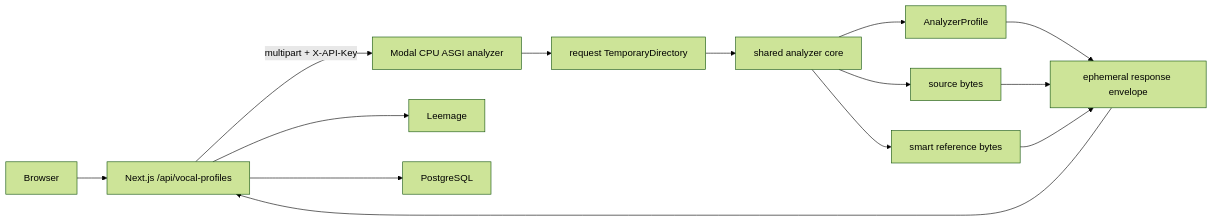
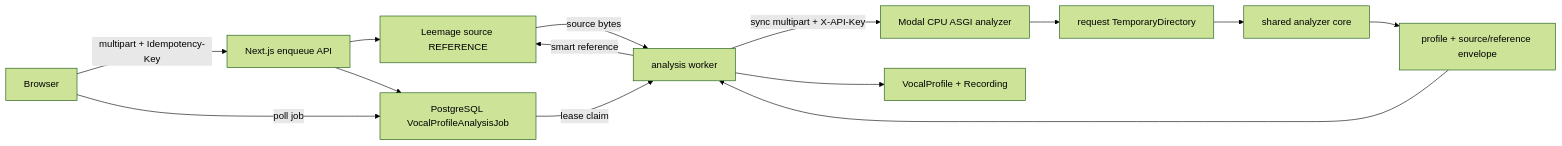
The diagram in docs/features/modal-api/F010-modal-vocal-profile-analysis/plan.md (leey00nsu/copy-singer), drawn with Mermaid (forest theme) before and after one commit. The commit also changed other lines of this file and 3 other files, not shown here.

````diff
--- a/docs/features/modal-api/F010-modal-vocal-profile-analysis/plan.md
+++ b/docs/features/modal-api/F010-modal-vocal-profile-analysis/plan.md
@@ -70,16 +70,16 @@
 ```mermaid
 flowchart LR
-  B[Browser] --> N[Next.js /api/vocal-profiles]
-  N -->|multipart + X-API-Key| M[Modal CPU ASGI analyzer]
+  B[Browser] -->|multipart + Idempotency-Key| N[Next.js enqueue API]
+  N --> L[Leemage source REFERENCE]
+  N --> J[PostgreSQL VocalProfileAnalysisJob]
+  J -->|lease claim| W[analysis worker]
+  L -->|source bytes| W
+  W -->|sync multipart + X-API-Key| M[Modal CPU ASGI analyzer]
   M --> T[request TemporaryDirectory]
   T --> C[shared analyzer core]
-  C --> P[AnalyzerProfile]
-  C --> S[source bytes]
-  C --> R[smart reference bytes]
-  P --> E[ephemeral response envelope]
-  S --> E
-  R --> E
-  E --> N
-  N --> L[Leemage]
-  N --> D[PostgreSQL]
+  C --> E[profile + source/reference envelope]
+  E --> W
+  W -->|smart reference| L
+  W --> P[VocalProfile + Recording]
+  B -->|poll job| J
 ```
````
